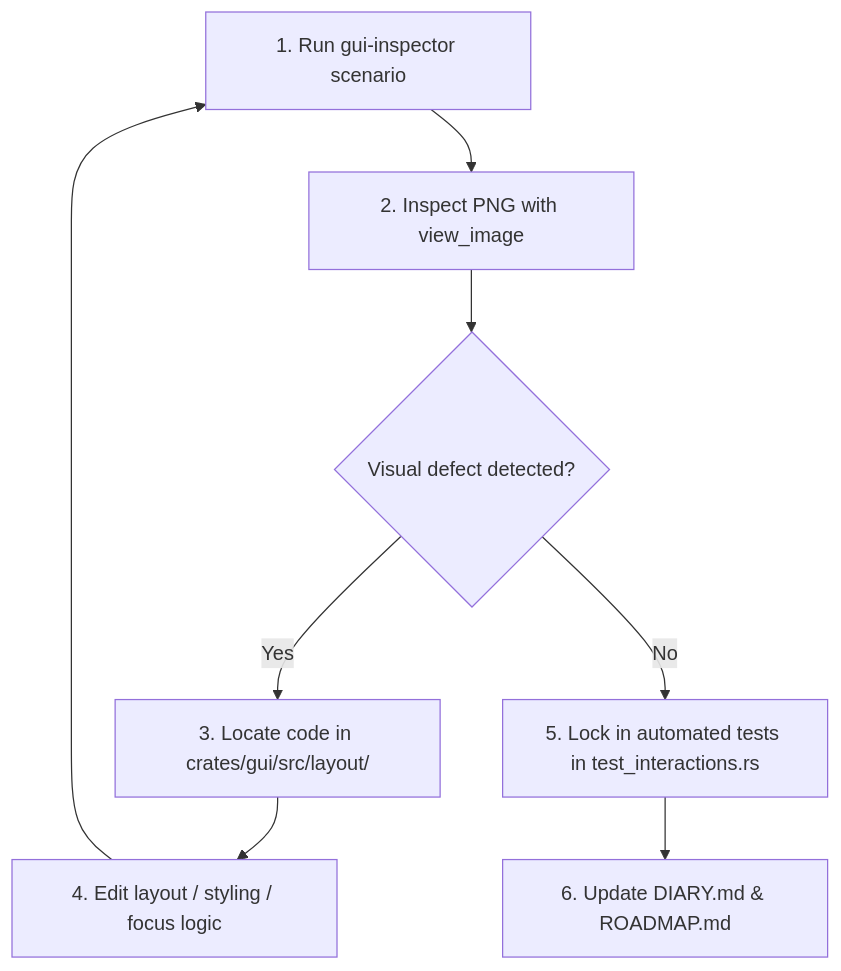
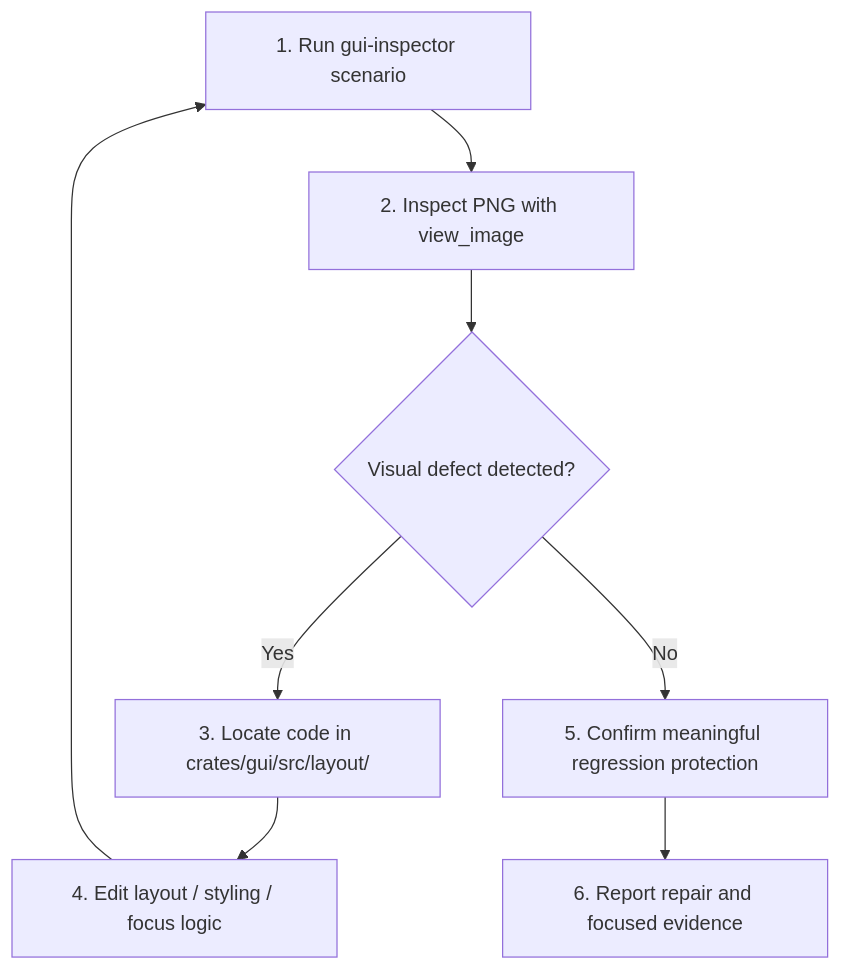
Before and after one commit to tomek-anuszkiewicz/amiga-studio: the diagram in .agents/skills/egui-vision-debugger/SKILL.md, drawn with Mermaid. The commit also changed other lines of this file and 38 other files, not shown here.

````diff
--- a/.agents/skills/egui-vision-debugger/SKILL.md
+++ b/.agents/skills/egui-vision-debugger/SKILL.md
@@ -103,10 +103,10 @@
 ```mermaid
 graph TD
     A["1. Run gui-inspector scenario"] --> B["2. Inspect PNG with view_image"]
     B --> C{"Visual defect detected?"}
     C -- Yes --> D["3. Locate code in crates/gui/src/layout/"]
     D --> E["4. Edit layout / styling / focus logic"]
     E --> A
-    C -- No --> F["5. Lock in automated tests in test_interactions.rs"]
-    F --> G["6. Update DIARY.md & ROADMAP.md"]
+    C -- No --> F["5. Confirm meaningful regression protection"]
+    F --> G["6. Report repair and focused evidence"]
 ```
````
